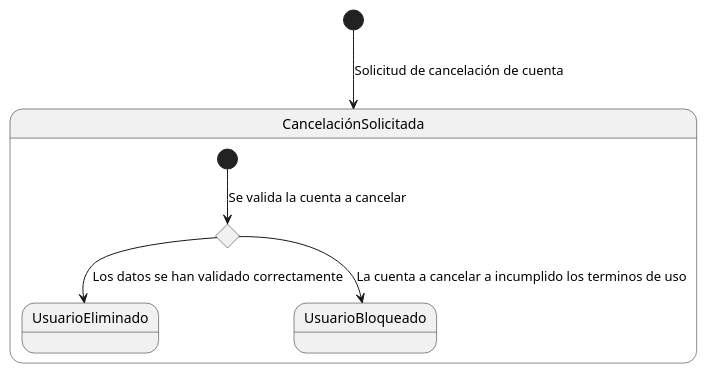
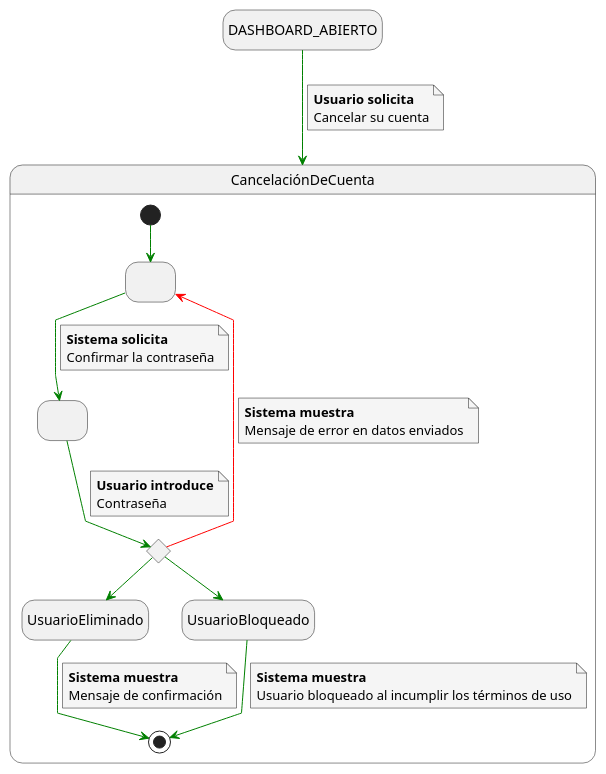
Before and after one commit to mmasias/23-24-IdSw1-SDR: the diagram in Caso_de_Uso/Casos_de_Uso/Egresado/Cancelación_de_Cuenta/Caso_de_Uso.puml, drawn with PlantUML. The commit also changed 2 other files, not shown here.

```diff
--- a/Caso_de_Uso/Casos_de_Uso/Egresado/Cancelación_de_Cuenta/Caso_de_Uso.puml
+++ b/Caso_de_Uso/Casos_de_Uso/Egresado/Cancelación_de_Cuenta/Caso_de_Uso.puml
@@ -1,13 +1,49 @@
 @startuml
 skinparam defaultFontName Arial
+skinparam NoteBackgroundColor #whiteSmoke
+skinparam ArrowColor #green
+skinparam Linetype polyline
 top to bottom direction
 
-[*] --> CancelaciónSolicitada: Solicitud de cancelación de cuenta
+hide empty description
 
-state CancelaciónSolicitada{
+DASHBOARD_ABIERTO -down-> CancelaciónDeCuenta
+note on link
+<b>Usuario solicita</b>
+Cancelar su cuenta
+end note
+
+state CancelaciónDeCuenta{
+  state 1 as " "
+  state 2 as " "
   state ComprobarRequisitos <<choice>>
-  [*] --> ComprobarRequisitos : Se valida la cuenta a cancelar
-  ComprobarRequisitos --> UsuarioEliminado: Los datos se han validado correctamente
-  ComprobarRequisitos --> UsuarioBloqueado: La cuenta a cancelar a incumplido los terminos de uso
+  [*] --> 1
+  1 --> 2
+  note on link
+  <b>Sistema solicita</b>
+  Confirmar la contraseña
+  end note
+  2 --> ComprobarRequisitos
+  note on link
+  <b>Usuario introduce</b>
+  Contraseña
+  end note
+  ComprobarRequisitos -[#red]-> 1
+  note on link
+  <b>Sistema muestra</b>
+  Mensaje de error en datos enviados
+  end note
+  ComprobarRequisitos --> UsuarioEliminado
+  ComprobarRequisitos --> UsuarioBloqueado
+  UsuarioEliminado --> [*]
+  note on link
+  <b>Sistema muestra</b>
+  Mensaje de confirmación
+  end note
+  UsuarioBloqueado --> [*]
+  note on link
+  <b>Sistema muestra</b>
+  Usuario bloqueado al incumplir los términos de uso
+  end note
 }
 @enduml
```
